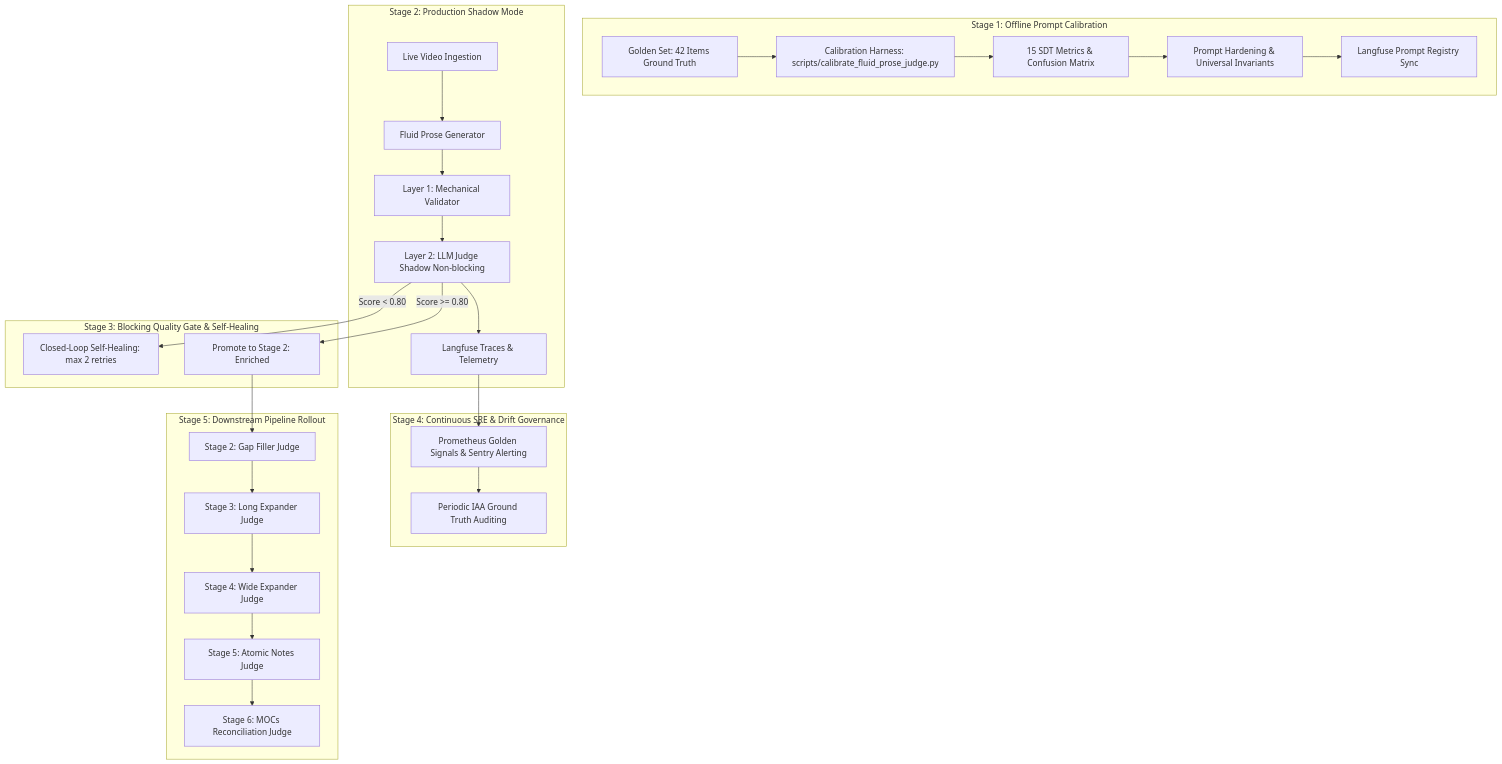
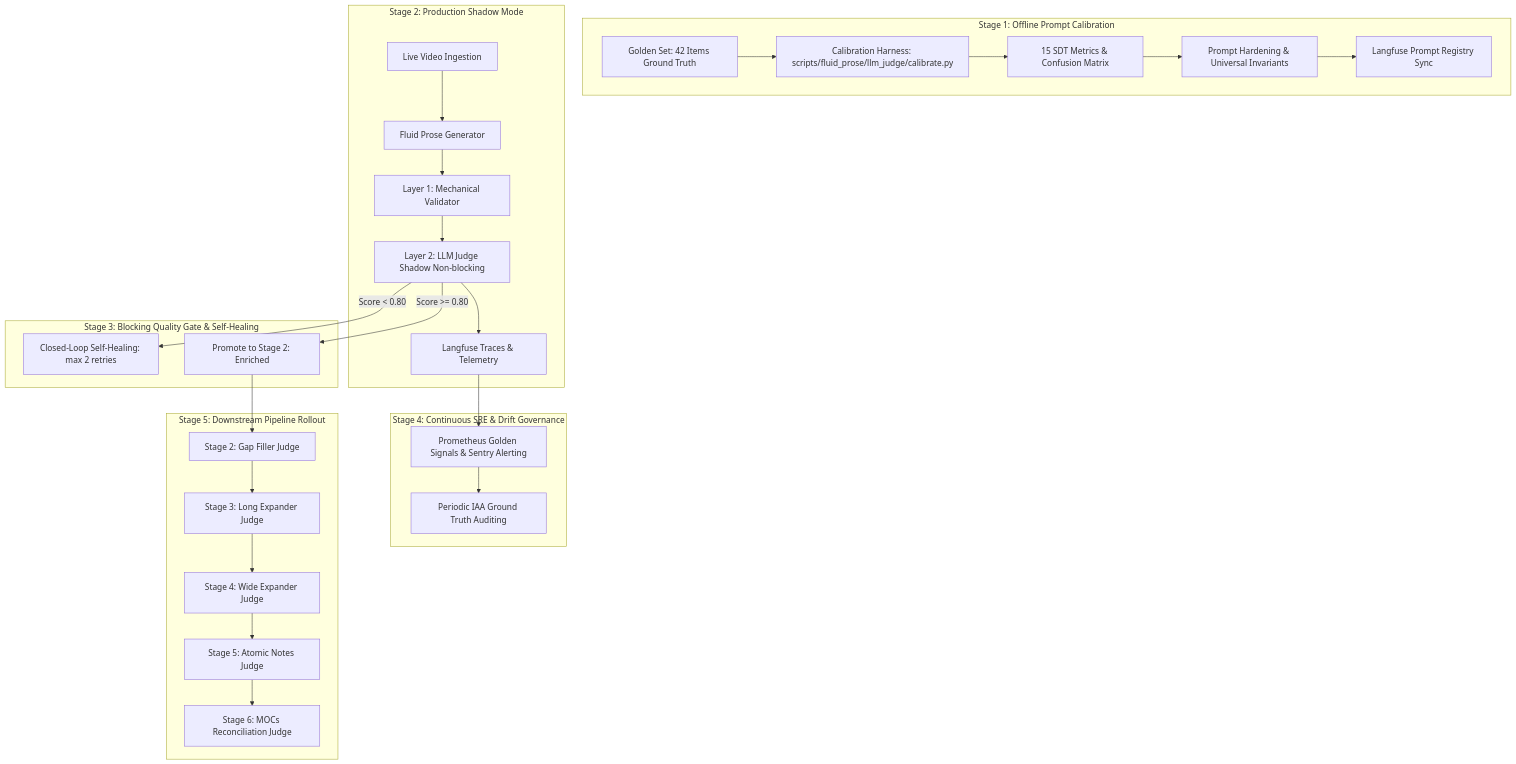
The diagram in docs/adr/ADR-039-fluid-prose-canonical-judge-criteria-and-mechanical-gates.md (faustostangler/PES), drawn with Mermaid before and after one commit. The commit also changed other lines of this file and 31 other files, not shown here.

Commit message:
feat: add fluid prose canonical judge criteria, mechanical gates, and calibration harness

````diff
--- a/docs/adr/ADR-039-fluid-prose-canonical-judge-criteria-and-mechanical-gates.md
+++ b/docs/adr/ADR-039-fluid-prose-canonical-judge-criteria-and-mechanical-gates.md
@@ -30,34 +30,34 @@
 ```mermaid
 graph TD
     subgraph "Stage 1: Offline Prompt Calibration"
-        GS[Golden Set: 42 Items Ground Truth] --> CAL[Calibration Harness: scripts/calibrate_fluid_prose_judge.py]
+        GS[Golden Set: 42 Items Ground Truth] --> CAL[Calibration Harness: scripts/fluid_prose/llm_judge/calibrate.py]
         CAL --> SDT[15 SDT Metrics & Confusion Matrix]
         SDT --> OPT[Prompt Hardening & Universal Invariants]
         OPT --> SEED[Langfuse Prompt Registry Sync]
     end
 
     subgraph "Stage 2: Production Shadow Mode"
         PROD[Live Video Ingestion] --> ST1[Fluid Prose Generator]
         ST1 --> L1[Layer 1: Mechanical Validator]
         L1 --> L2[Layer 2: LLM Judge Shadow Non-blocking]
         L2 --> LF[Langfuse Traces & Telemetry]
     end
 
     subgraph "Stage 3: Blocking Quality Gate & Self-Healing"
         L2 -->|Score < 0.80| RETRY[Closed-Loop Self-Healing: max 2 retries]
         L2 -->|Score >= 0.80| APPR[Promote to Stage 2: Enriched]
     end
 
     subgraph "Stage 4: Continuous SRE & Drift Governance"
         LF --> PROM[Prometheus Golden Signals & Sentry Alerting]
         PROM --> AUDIT[Periodic IAA Ground Truth Auditing]
     end
 
     subgraph "Stage 5: Downstream Pipeline Rollout"
         APPR --> NEXT1[Stage 2: Gap Filler Judge]
         NEXT1 --> NEXT2[Stage 3: Long Expander Judge]
         NEXT2 --> NEXT3[Stage 4: Wide Expander Judge]
         NEXT3 --> NEXT4[Stage 5: Atomic Notes Judge]
         NEXT4 --> NEXT5[Stage 6: MOCs Reconciliation Judge]
     end
 ```
````
